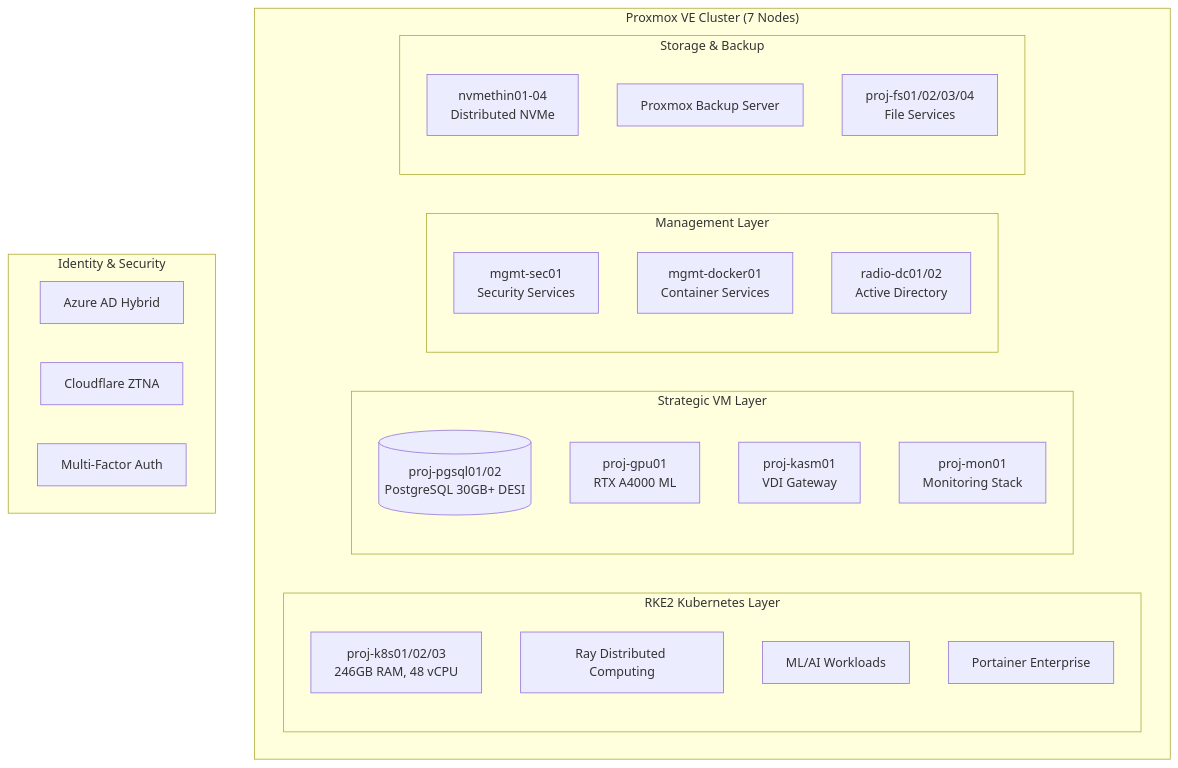
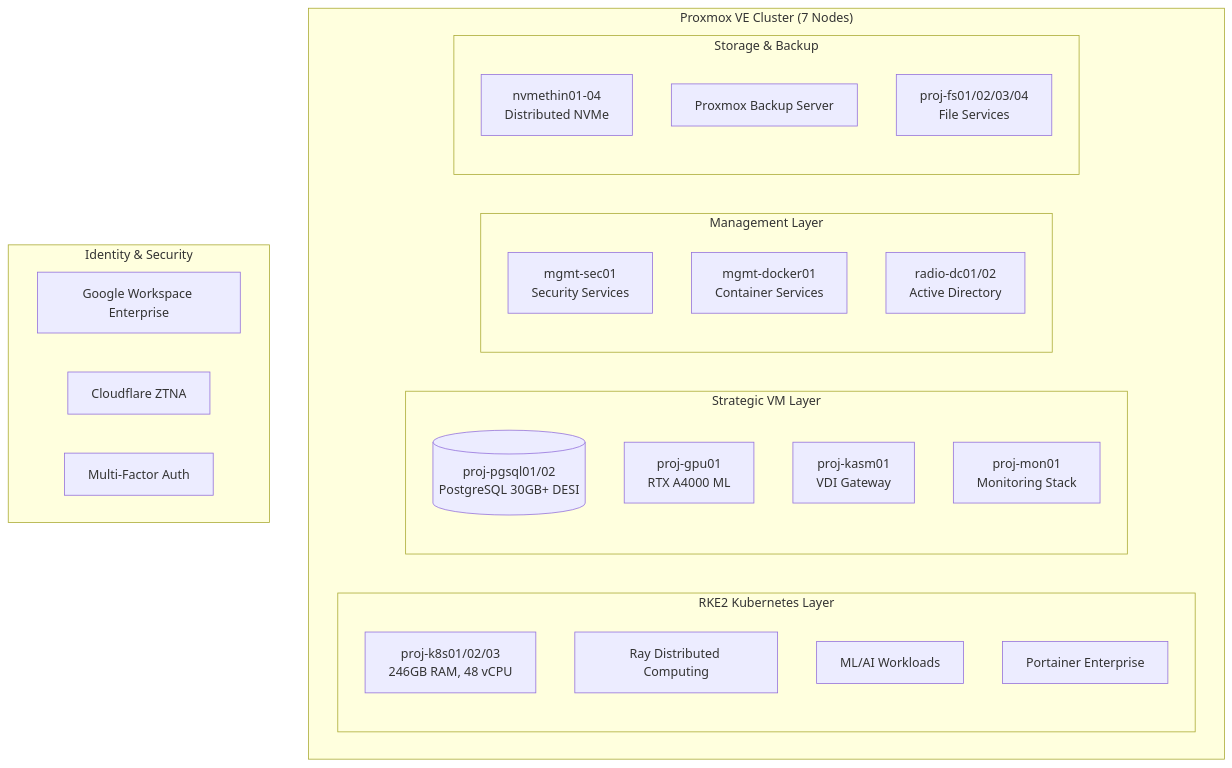
One commit to Pxomox-Astronomy-Lab/proxmox-astronomy-lab changed the diagram in README.md. Above: the diagram before and after it, drawn with Mermaid. The commit also changed other lines of this file and 17 other files, not shown here.

````diff
--- a/README.md
+++ b/README.md
@@ -80,36 +95,36 @@
 ```mermaid
 graph TB
     subgraph "Proxmox VE Cluster (7 Nodes)"
         subgraph "RKE2 Kubernetes Layer"
             K8S[proj-k8s01/02/03<br/>246GB RAM, 48 vCPU]
             RAY[Ray Distributed Computing]
             ML[ML/AI Workloads]
             PORT[Portainer Enterprise]
         end
         
         subgraph "Strategic VM Layer"
             PG[(proj-pgsql01/02<br/>PostgreSQL 30GB+ DESI)]
             GPU[proj-gpu01<br/>RTX A4000 ML]
             KASM[proj-kasm01<br/>VDI Gateway]
             MON[proj-mon01<br/>Monitoring Stack]
         end
         
         subgraph "Management Layer"
             SEC[mgmt-sec01<br/>Security Services]
             DOCKER[mgmt-docker01<br/>Container Services]
             AD[radio-dc01/02<br/>Active Directory]
         end
         
         subgraph "Storage & Backup"
             NVME[nvmethin01-04<br/>Distributed NVMe]
             PBS[Proxmox Backup Server]
             FS[proj-fs01/02/03/04<br/>File Services]
         end
     end
     
     subgraph "Identity & Security"
-        AZUREAD[Azure AD Hybrid]
+        GWORKSPACE[Google Workspace Enterprise]
         ZTNA[Cloudflare ZTNA]
         MFA[Multi-Factor Auth]
     end
 ```
````
